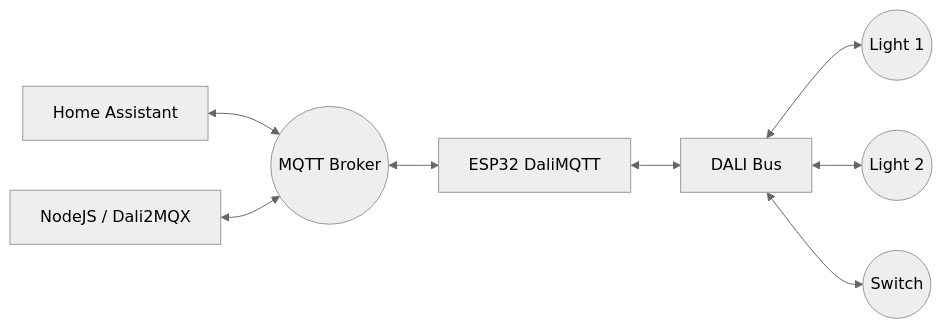
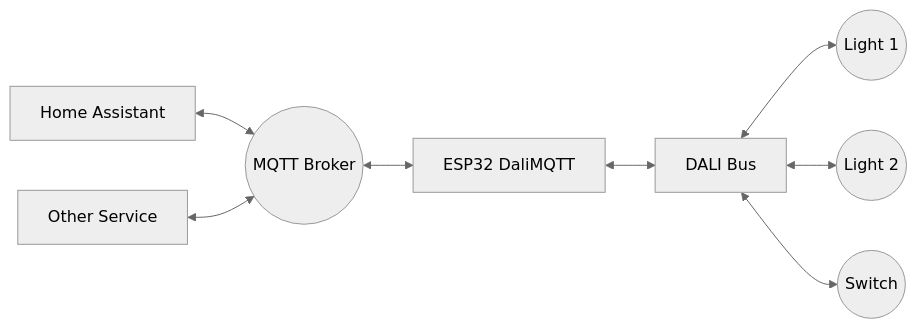
Before and after one commit to alice-trade/dali2mqtt: the diagram in README.md, drawn with Mermaid (neutral theme). The commit also changed other lines of this file and 13 other files, not shown here.

Commit message:
improved: mqtt scratchpad for req, dali transaction id, buffer check in configjson, littlefs ota stability fix, upload firmware feat.

````diff
--- a/README.md
+++ b/README.md
@@ -9,10 +9,10 @@
 ```mermaid
 graph LR
     HA[Home Assistant] <--> MQTT((MQTT Broker))
-    JS[NodeJS / Dali2MQX] <--> MQTT
+    JS[Other Service] <--> MQTT
     MQTT <--> ESP[ESP32 DaliMQTT]
     ESP <--> DALI[DALI Bus]
     DALI <--> L1((Light 1))
     DALI <--> L2((Light 2))
     DALI <--> S1((Switch))
 ```
````
